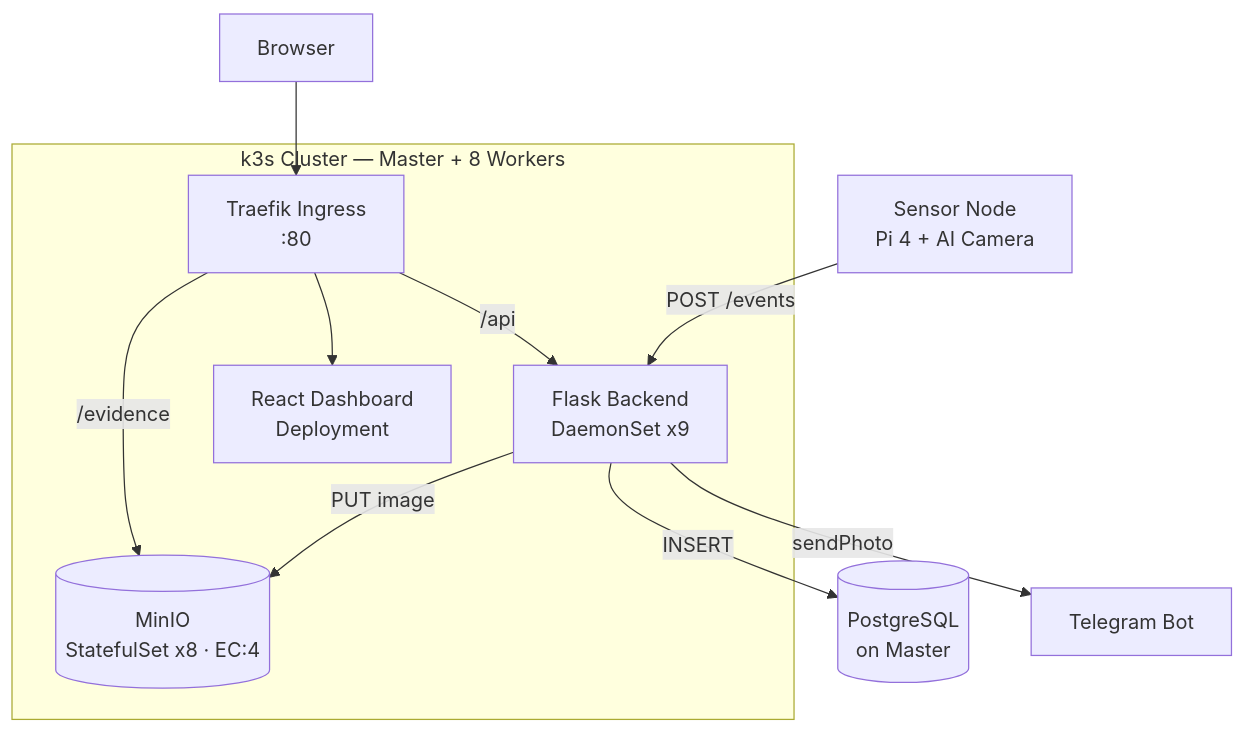
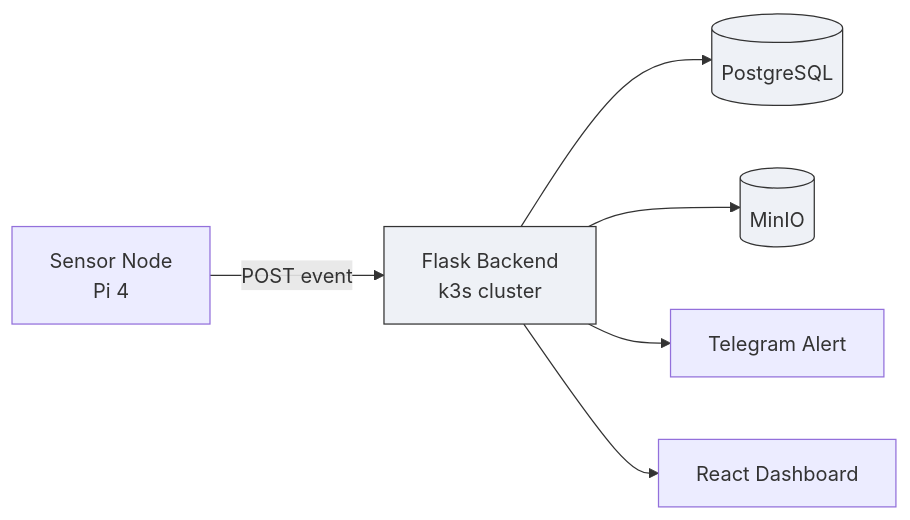
The first of 5 diagrams in task7-backend-documentation.md (azazmuzaffar/Newlauncher-5.0), drawn with Mermaid before and after one commit. The commit also changed other lines of this file, not shown here.

````diff
--- a/task7-backend-documentation.md
+++ b/task7-backend-documentation.md
@@ -11,22 +11,12 @@
 ```mermaid
-flowchart TD
-    sensor["Sensor Node<br/>Pi 4 + AI Camera"] -->|"POST /events"| backend
+flowchart LR
+    sensor["Sensor Node<br/>Pi 4"] -->|"POST event"| backend["Flask Backend<br/>k3s cluster"]
+    backend --> postgres[("PostgreSQL")]
+    backend --> minio[("MinIO")]
+    backend --> telegram["Telegram Alert"]
+    backend --> dashboard["React Dashboard"]
 
-    subgraph cluster["k3s Cluster — Master + 8 Workers"]
-        backend["Flask Backend<br/>DaemonSet x9"]
-        minio[("MinIO<br/>StatefulSet x8 · EC:4")]
-        frontend["React Dashboard<br/>Deployment"]
-        traefik["Traefik Ingress<br/>:80"]
-    end
-
-    postgres[("PostgreSQL<br/>on Master")]
-
-    backend -->|"INSERT"| postgres
-    backend -->|"PUT image"| minio
-    backend -->|"sendPhoto"| telegram["Telegram Bot"]
-
-    browser["Browser"] --> traefik
-    traefik --> frontend
-    traefik -->|"/api"| backend
-    traefik -->|"/evidence"| minio
+    style backend fill:#eef1f6,stroke:#333,stroke-width:1px
+    style postgres fill:#eef1f6,stroke:#333,stroke-width:1px
+    style minio fill:#eef1f6,stroke:#333,stroke-width:1px
 ```
````
